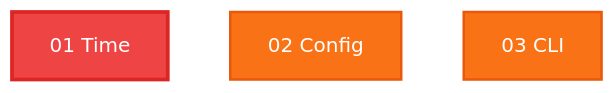
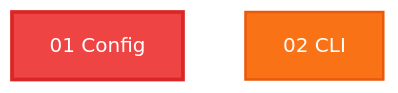
Before and after one commit to aacebo/merc: the second of 2 diagrams in WORKFLOW.md, drawn with Mermaid. The commit also changed other lines of this file and 13 other files, not shown here.

````diff
--- a/WORKFLOW.md
+++ b/WORKFLOW.md
@@ -162,14 +158,13 @@
 ```mermaid
 %%{init: {'theme': 'base', 'themeVariables': { 'primaryColor': '#6366f1', 'primaryTextColor': '#fff', 'lineColor': '#94a3b8', 'background': '#0f172a'}}}%%
 
 flowchart TB
-    P01[01 Time]
-    P02[02 Config]
-    P03[03 CLI]
+    P01[01 Config]
+    P02[02 CLI]
 
     classDef next fill:#ef4444,stroke:#dc2626,stroke-width:3px,color:#fff
     classDef independent fill:#f97316,stroke:#ea580c,stroke-width:2px,color:#fff
 
     class P01 next
-    class P02,P03 independent
+    class P02 independent
 ```
````
